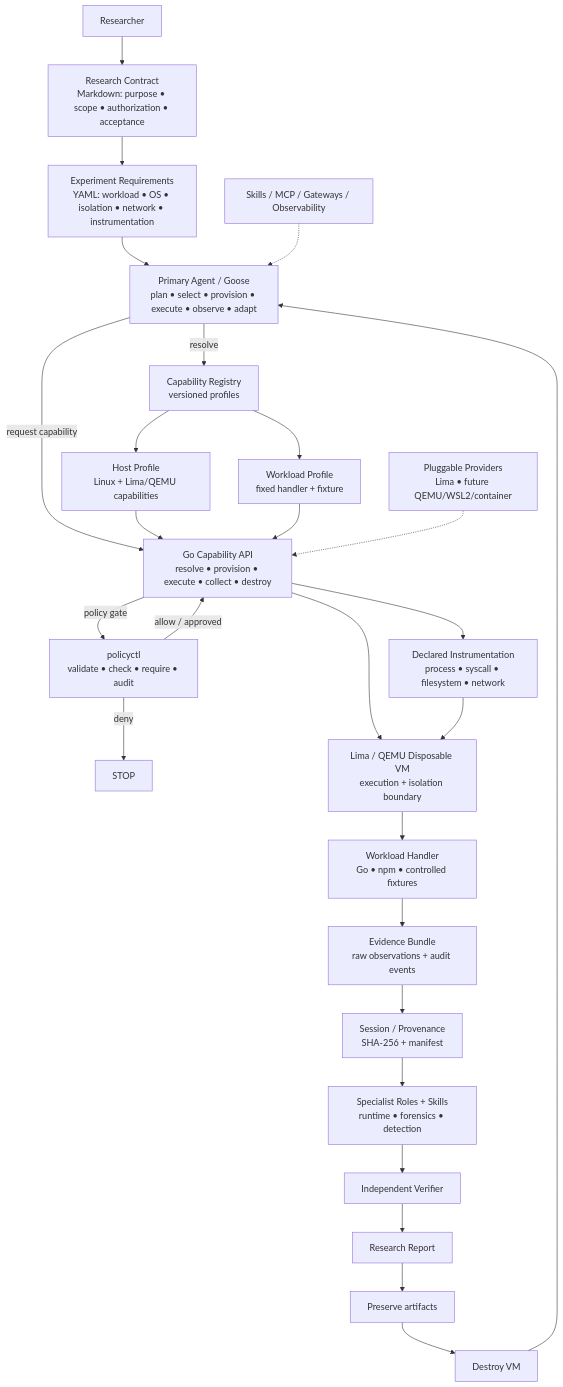
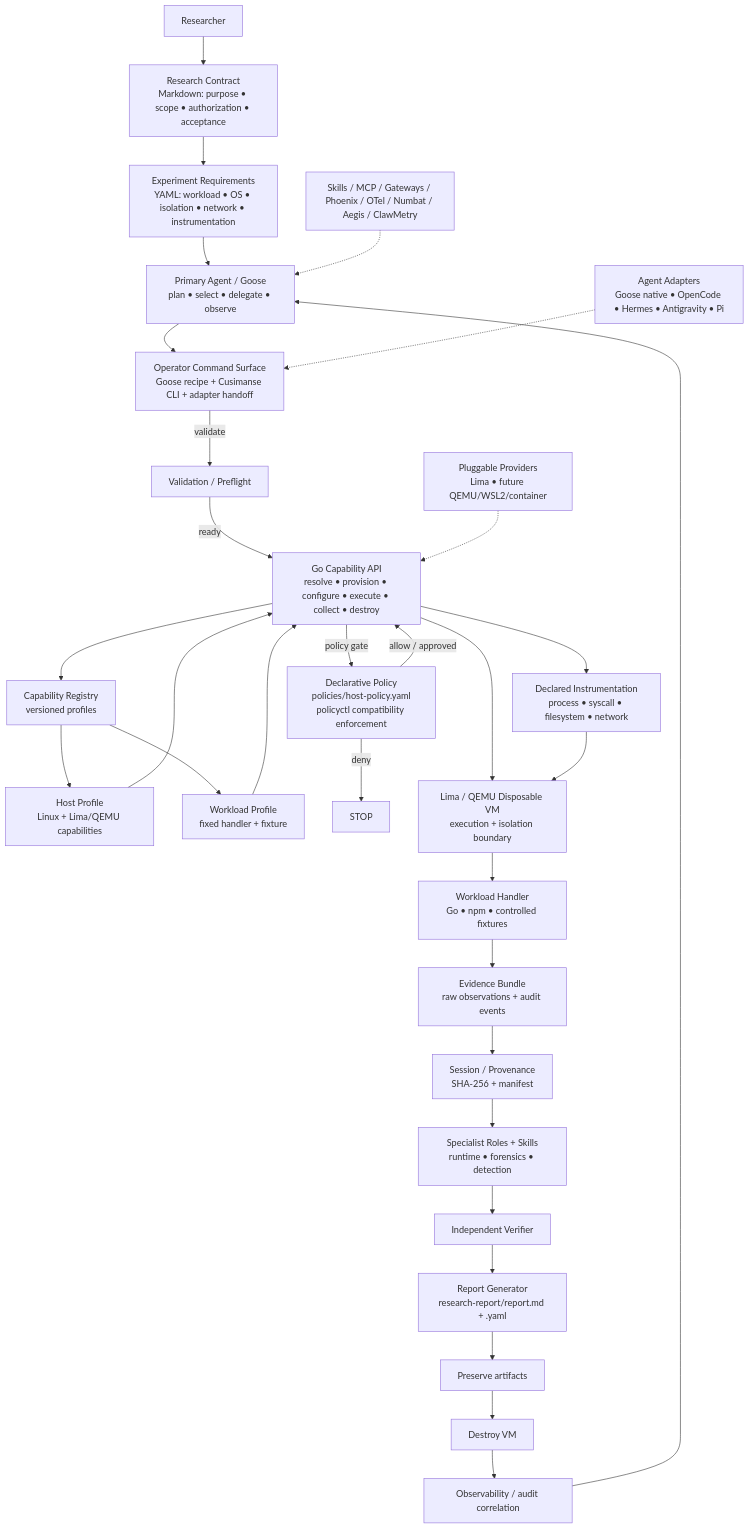
The diagram in docs/architecture/cusimanse-architecture.mmd (Opposum0112/Cusimanse), drawn with Mermaid before and after one commit.

Commit message:
docs: align architecture with operator workflow

```diff
--- a/docs/architecture/cusimanse-architecture.mmd
+++ b/docs/architecture/cusimanse-architecture.mmd
@@ -1,27 +1,31 @@
 flowchart TB
   R[Researcher] --> C[Research Contract\nMarkdown: purpose • scope • authorization • acceptance]
   C --> E[Experiment Requirements\nYAML: workload • OS • isolation • network • instrumentation]
-  E --> A[Primary Agent / Goose\nplan • select • provision • execute • observe • adapt]
-  A -->|resolve| REG[Capability Registry\nversioned profiles]
+  E --> A[Primary Agent / Goose\nplan • select • delegate • observe]
+  A --> OP[Operator Command Surface\nGoose recipe + Cusimanse CLI + adapter handoff]
+  OP -->|validate| VAL[Validation / Preflight]
+  VAL -->|ready| RES[Go Capability API\nresolve • provision • configure • execute • collect • destroy]
+  RES --> REG[Capability Registry\nversioned profiles]
   REG --> HP[Host Profile\nLinux + Lima/QEMU capabilities]
   REG --> WP[Workload Profile\nfixed handler + fixture]
-  A -->|request capability| CAP[Go Capability API\nresolve • provision • execute • collect • destroy]
-  CAP -->|policy gate| PC[policyctl\nvalidate • check • require • audit]
-  PC -->|allow / approved| CAP
+  RES -->|policy gate| PC[Declarative Policy\npolicies/host-policy.yaml\npolicyctl compatibility enforcement]
+  PC -->|allow / approved| RES
   PC -->|deny| STOP[STOP]
-  CAP --> VM[Lima / QEMU Disposable VM\nexecution + isolation boundary]
-  HP --> CAP
-  WP --> CAP
-  CAP --> INST[Declared Instrumentation\nprocess • syscall • filesystem • network]
+  RES --> VM[Lima / QEMU Disposable VM\nexecution + isolation boundary]
+  HP --> RES
+  WP --> RES
+  RES --> INST[Declared Instrumentation\nprocess • syscall • filesystem • network]
   INST --> VM
   VM --> WORK[Workload Handler\nGo • npm • controlled fixtures]
   WORK --> EV[Evidence Bundle\nraw observations + audit events]
   EV --> HASH[Session / Provenance\nSHA-256 + manifest]
   HASH --> ANALYZE[Specialist Roles + Skills\nruntime • forensics • detection]
   ANALYZE --> VERIFY[Independent Verifier]
-  VERIFY --> REPORT[Research Report]
+  VERIFY --> REPORT[Report Generator\nresearch-report/report.md + .yaml]
   REPORT --> PRESERVE[Preserve artifacts]
   PRESERVE --> DESTROY[Destroy VM]
-  DESTROY --> A
-  EXT[Pluggable Providers\nLima • future QEMU/WSL2/container] -.-> CAP
-  SK[Skills / MCP / Gateways / Observability] -.-> A
+  DESTROY --> OBS[Observability / audit correlation]
+  OBS --> A
+  EXT[Pluggable Providers\nLima • future QEMU/WSL2/container] -.-> RES
+  AD[Agent Adapters\nGoose native • OpenCode • Hermes • Antigravity • Pi] -.-> OP
+  SK[Skills / MCP / Gateways / Phoenix / OTel / Numbat / Aegis / ClawMetry] -.-> A
```
